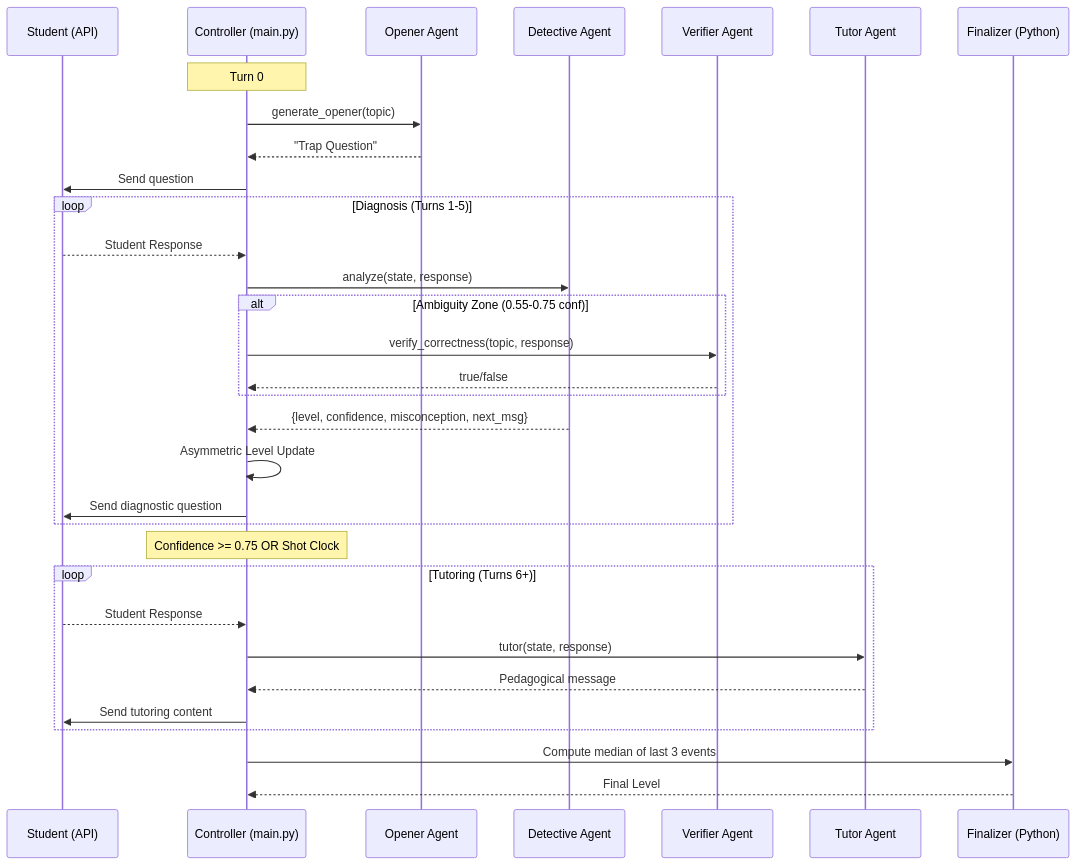
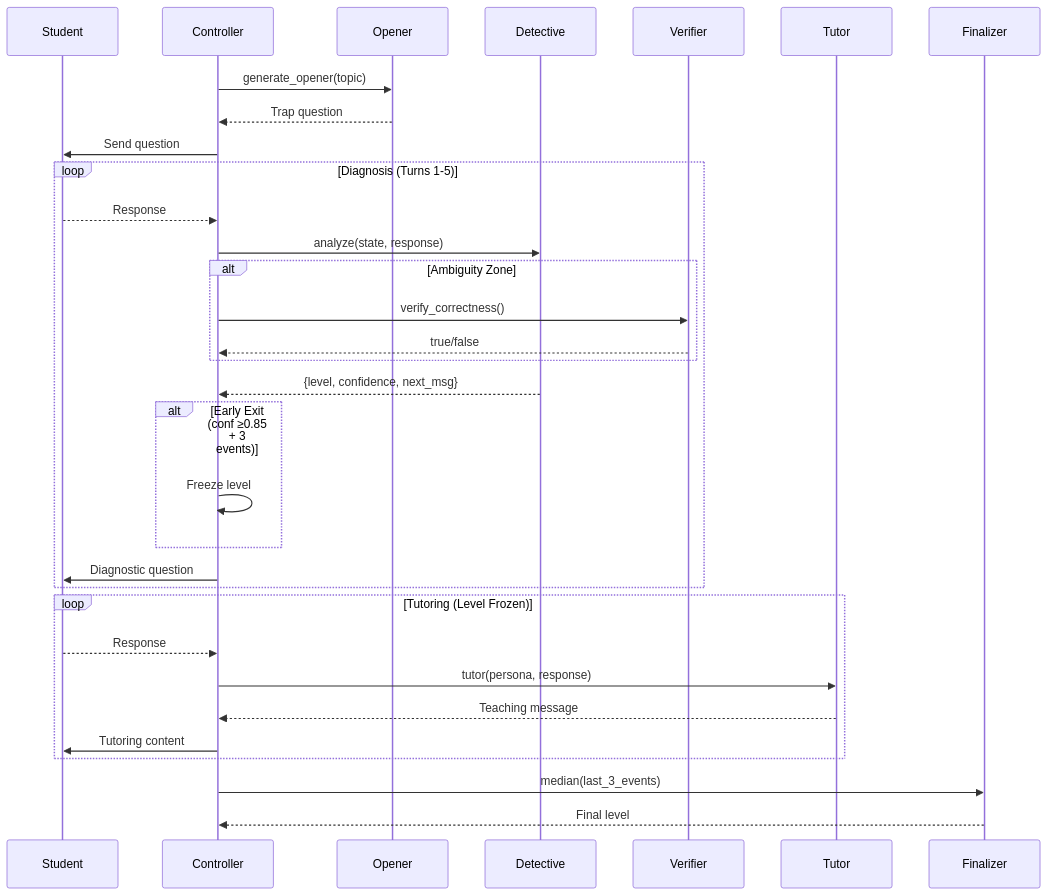
Before and after one commit to yahyanaveed10/AI-Tutor-Team-Unknown-: the second of 2 diagrams in docs/AGENTS.md, drawn with Mermaid. The commit also changed other lines of this file and 3 other files, not shown here.

````diff
--- a/docs/AGENTS.md
+++ b/docs/AGENTS.md
@@ -11,39 +148,38 @@
 ```mermaid
 sequenceDiagram
-    participant S as Student (API)
-    participant C as Controller (main.py)
-    participant O as Opener Agent
-    participant D as Detective Agent
-    participant V as Verifier Agent
-    participant T as Tutor Agent
-    participant F as Finalizer (Python)
+    participant S as Student
+    participant C as Controller
+    participant O as Opener
+    participant D as Detective
+    participant V as Verifier
+    participant T as Tutor
+    participant F as Finalizer
 
-    Note over C: Turn 0
     C->>O: generate_opener(topic)
-    O-->>C: "Trap Question"
+    O-->>C: Trap question
     C->>S: Send question
     
     loop Diagnosis (Turns 1-5)
-        S-->>C: Student Response
+        S-->>C: Response
         C->>D: analyze(state, response)
-        alt Ambiguity Zone (0.55-0.75 conf)
-            C->>V: verify_correctness(topic, response)
+        alt Ambiguity Zone
+            C->>V: verify_correctness()
             V-->>C: true/false
         end
-        D-->>C: {level, confidence, misconception, next_msg}
-        C->>C: Asymmetric Level Update
-        C->>S: Send diagnostic question
+        D-->>C: {level, confidence, next_msg}
+        alt Early Exit (conf ≥0.85 + 3 events)
+            C->>C: Freeze level
+        end
+        C->>S: Diagnostic question
     end
     
-    Note over C: Confidence >= 0.75 OR Shot Clock
-    
-    loop Tutoring (Turns 6+)
-        S-->>C: Student Response
-        C->>T: tutor(state, response)
-        T-->>C: Pedagogical message
-        C->>S: Send tutoring content
+    loop Tutoring (Level Frozen)
+        S-->>C: Response
+        C->>T: tutor(persona, response)
+        T-->>C: Teaching message
+        C->>S: Tutoring content
     end
     
-    C->>F: Compute median of last 3 events
-    F-->>C: Final Level
+    C->>F: median(last_3_events)
+    F-->>C: Final level
 ```
````
